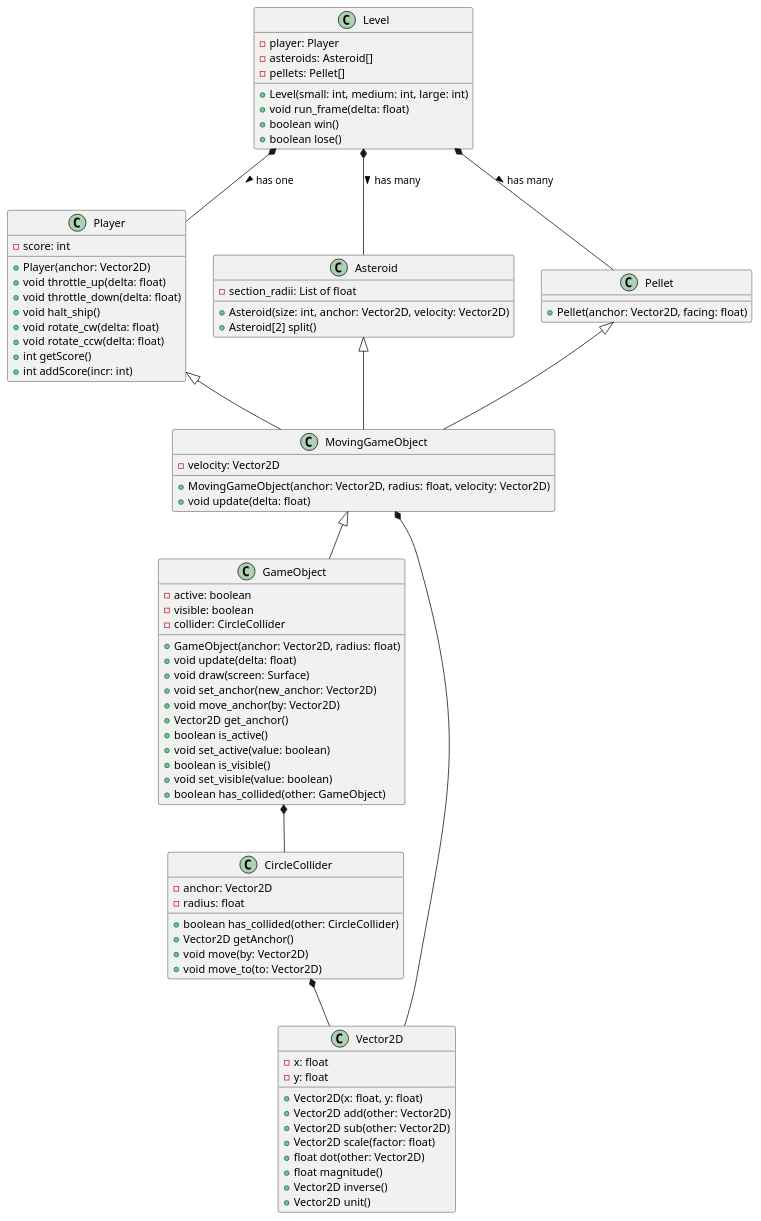
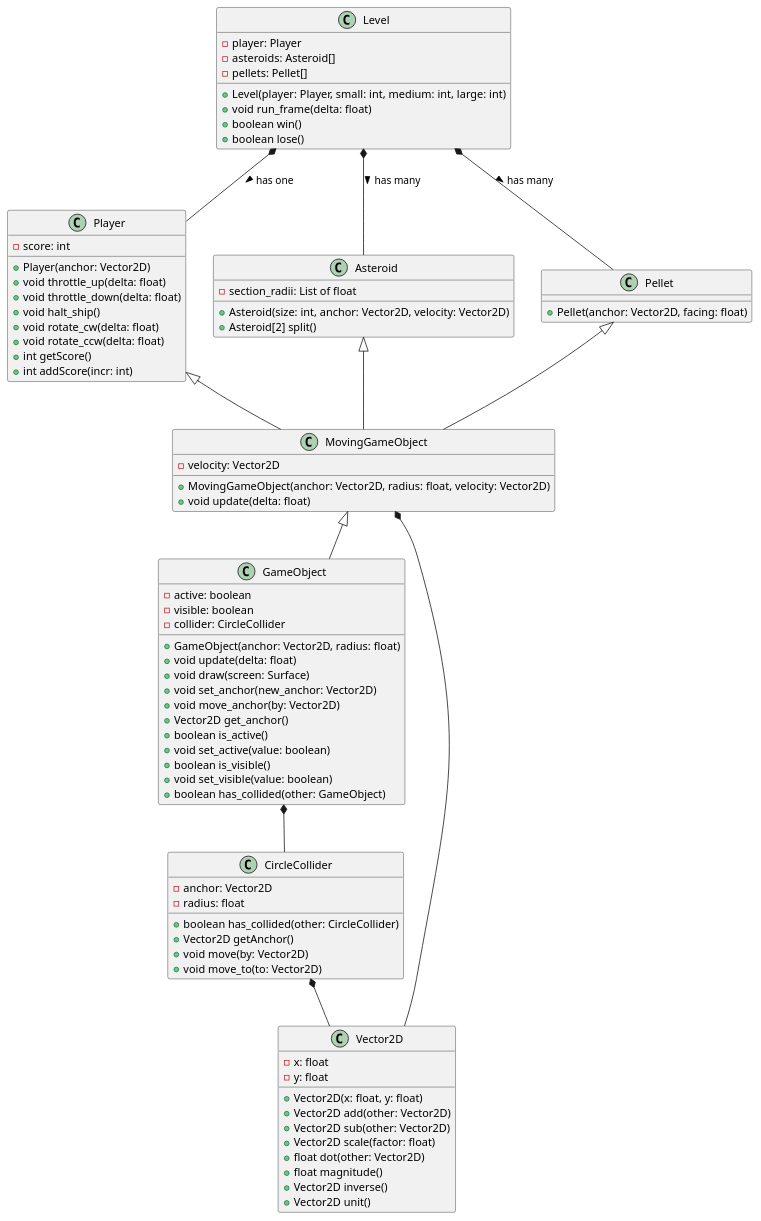
The diagram in design/uml.puml (xLeachimx/masteroids), drawn with PlantUML before and after one commit. The commit also changed 8 other files, not shown here.

```diff
--- a/design/uml.puml
+++ b/design/uml.puml
@@ -1,95 +1,95 @@
 @startuml
 
 class GameObject {
     - active: boolean
     - visible: boolean
     - collider: CircleCollider
     + GameObject(anchor: Vector2D, radius: float)
     + void update(delta: float)
     + void draw(screen: Surface)
     + void set_anchor(new_anchor: Vector2D)
     + void move_anchor(by: Vector2D)
     + Vector2D get_anchor()
     + boolean is_active()
     + void set_active(value: boolean)
     + boolean is_visible()
     + void set_visible(value: boolean)
     + boolean has_collided(other: GameObject)
 }
 
 class MovingGameObject {
     - velocity: Vector2D
     + MovingGameObject(anchor: Vector2D, radius: float, velocity: Vector2D)
     + void update(delta: float)
 }
 
 class Player {
     - score: int
     + Player(anchor: Vector2D)
     + void throttle_up(delta: float)
     + void throttle_down(delta: float)
     + void halt_ship()
     + void rotate_cw(delta: float)
     + void rotate_ccw(delta: float)
     + int getScore()
     + int addScore(incr: int)
 }
 
 class Asteroid {
     - section_radii: List of float
     + Asteroid(size: int, anchor: Vector2D, velocity: Vector2D)
     + Asteroid[2] split()
 }
 
 class Pellet{
     + Pellet(anchor: Vector2D, facing: float)
 }
 
 Player <|-- MovingGameObject
 Asteroid <|-- MovingGameObject
 Pellet <|-- MovingGameObject
 
 MovingGameObject <|--GameObject
 
 MovingGameObject *-- Vector2D
 GameObject *-- CircleCollider
 
 CircleCollider *-- Vector2D
 
 class Vector2D {
     - x: float
     - y: float
     + Vector2D(x: float, y: float)
     + Vector2D add(other: Vector2D)
     + Vector2D sub(other: Vector2D)
     + Vector2D scale(factor: float)
     + float dot(other: Vector2D)
     + float magnitude()
     + Vector2D inverse()
     + Vector2D unit()
 }
 
 class CircleCollider {
     - anchor: Vector2D
     - radius: float
     + boolean has_collided(other: CircleCollider)
     + Vector2D getAnchor()
     + void move(by: Vector2D)
     + void move_to(to: Vector2D)
 }
 
 class Level {
     - player: Player
     - asteroids: Asteroid[]
     - pellets: Pellet[]
-    + Level(small: int, medium: int, large: int)
+    + Level(player: Player, small: int, medium: int, large: int)
     + void run_frame(delta: float)
     + boolean win()
     + boolean lose()
 }
 
 Level *-- Asteroid : > has many
 Level *-- Pellet : > has many
 Level *-- Player : > has one
 
 @enduml
```
